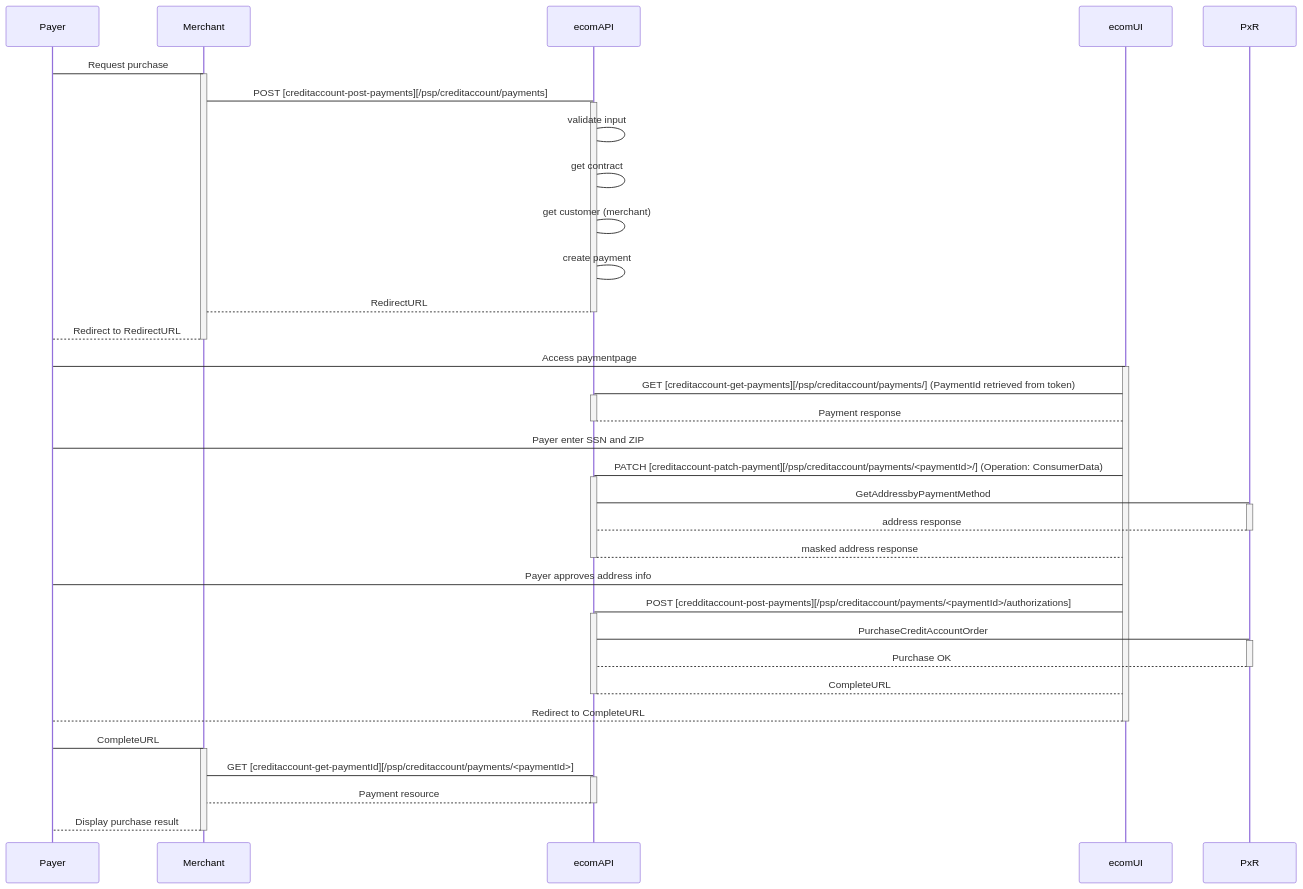
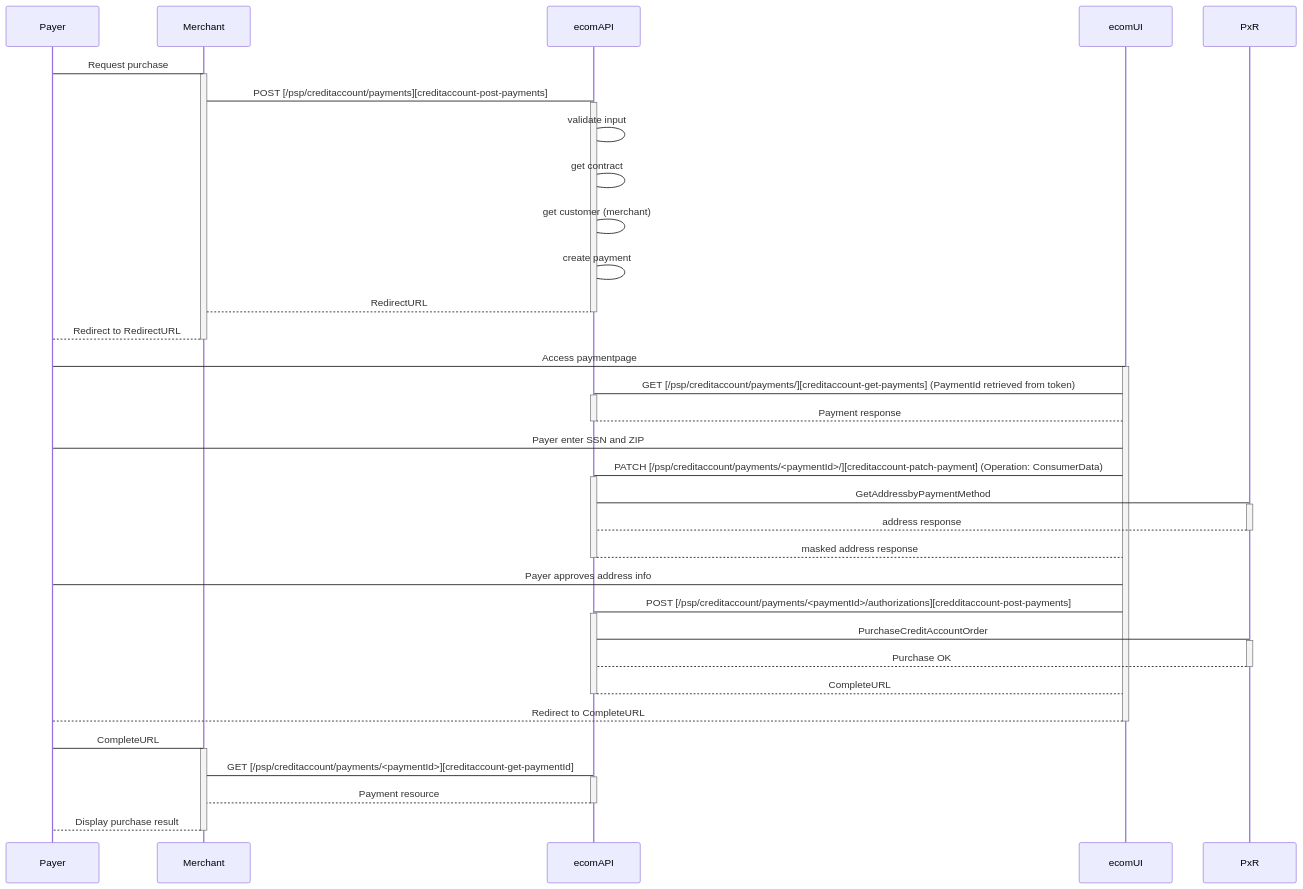
The second of 2 diagrams in payments/credit-account/payment.md (SwedbankPay/developer.swedbankpay.com), drawn with Mermaid before and after one commit. The commit also changed other lines of this file and 6 other files, not shown here.

Commit message:
dx-119 updated links and diagrams in invoice file

````diff
--- a/payments/credit-account/payment.md
+++ b/payments/credit-account/payment.md
@@ -125,56 +125,56 @@
 ```mermaid
 sequenceDiagram
   Payer -> Merchant: Request purchase
   activate Merchant
-  Merchant -> ecomAPI: POST [creditaccount-post-payments][/psp/creditaccount/payments]
+  Merchant -> ecomAPI: POST [/psp/creditaccount/payments][creditaccount-post-payments]
   activate ecomAPI
       ecomAPI -> ecomAPI: validate input
       ecomAPI -> ecomAPI: get contract
       ecomAPI -> ecomAPI: get customer (merchant)
       ecomAPI -> ecomAPI: create payment
       Merchant --> ecomAPI: RedirectURL
   deactivate ecomAPI
   Payer --> Merchant: Redirect to RedirectURL
   deactivate Merchant
 
 
   Payer -> ecomUI: Access paymentpage
       activate ecomUI
-      ecomUI -> ecomAPI: GET [creditaccount-get-payments][/psp/creditaccount/payments/] (PaymentId retrieved from token)
+      ecomUI -> ecomAPI: GET [/psp/creditaccount/payments/][creditaccount-get-payments] (PaymentId retrieved from token)
       activate ecomAPI
       ecomUI --> ecomAPI: Payment response
       deactivate ecomAPI
 
       Payer -> ecomUI: Payer enter SSN and ZIP
 
-      ecomUI -> ecomAPI: PATCH [creditaccount-patch-payment][/psp/creditaccount/payments/<paymentId>/] (Operation: ConsumerData)
+      ecomUI -> ecomAPI: PATCH [/psp/creditaccount/payments/<paymentId>/][creditaccount-patch-payment] (Operation: ConsumerData)
       activate ecomAPI
       ecomAPI -> PxR: GetAddressbyPaymentMethod
       activate PxR
       PxR --> ecomAPI: address response
       deactivate PxR
       ecomAPI --> ecomUI: masked address response
       deactivate ecomAPI
 
       Payer -> ecomUI: Payer approves address info
 
-      ecomUI -> ecomAPI:  POST [credditaccount-post-payments][/psp/creditaccount/payments/<paymentId>/authorizations]
+      ecomUI -> ecomAPI:  POST [/psp/creditaccount/payments/<paymentId>/authorizations][credditaccount-post-payments]
       activate ecomAPI
       ecomAPI -> PxR: PurchaseCreditAccountOrder
           activate PxR
           PxR --> ecomAPI: Purchase OK
           deactivate PxR
       ecomAPI --> ecomUI: CompleteURL
       deactivate ecomAPI
       ecomUI --> Payer: Redirect to CompleteURL
       deactivate ecomUI
   Payer -> Merchant: CompleteURL
 
   activate Merchant
-  Merchant -> ecomAPI: GET [creditaccount-get-paymentId][/psp/creditaccount/payments/<paymentId>]
+  Merchant -> ecomAPI: GET [/psp/creditaccount/payments/<paymentId>][creditaccount-get-paymentId]
   activate ecomAPI
   ecomAPI --> Merchant: Payment resource
   deactivate ecomAPI
   Merchant --> Payer: Display purchase result
   deactivate Merchant
 ```
````
